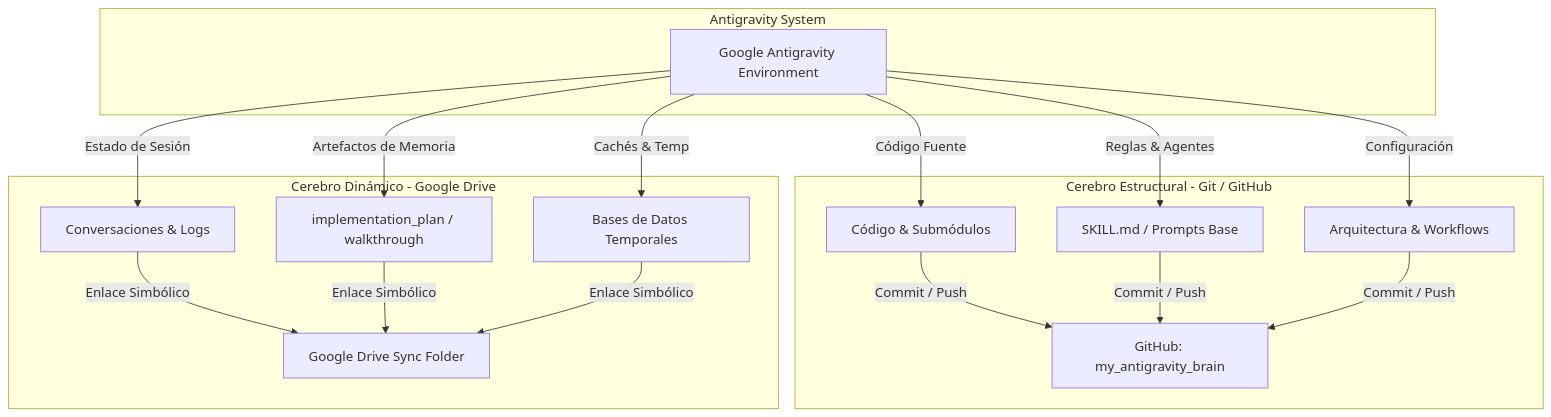
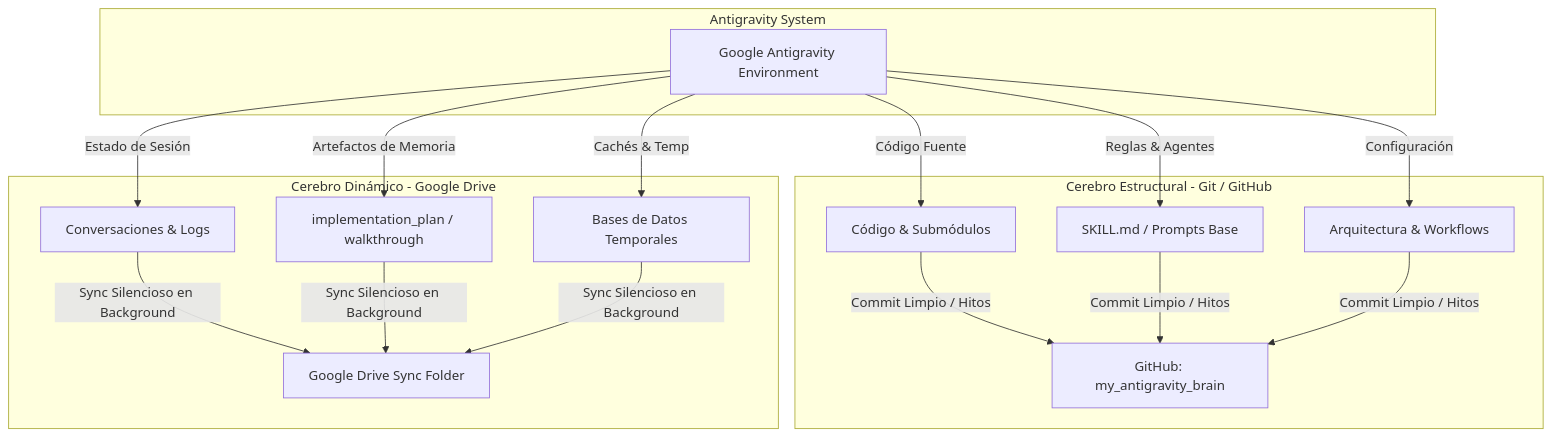
One commit to MarcoFou/my_antigravity_brain changed the diagram in README.md. Above: the diagram before and after it, drawn with Mermaid. The commit also changed other lines of this file and 3 other files, not shown here.

````diff
--- a/README.md
+++ b/README.md
@@ -23,20 +25,20 @@
 ```mermaid
 graph TD
     subgraph Antigravity System
         AG[Google Antigravity Environment]
     end
 
     subgraph Cerebro Estructural [Cerebro Estructural - Git / GitHub]
         AG -->|Código Fuente| CODE[Código & Submódulos]
         AG -->|Reglas & Agentes| SKILLS[SKILL.md / Prompts Base]
         AG -->|Configuración| CFG[Arquitectura & Workflows]
-        CODE & SKILLS & CFG -->|Commit / Push| GITREPO[GitHub: my_antigravity_brain]
+        CODE & SKILLS & CFG -->|Commit Limpio / Hitos| GITREPO[GitHub: my_antigravity_brain]
     end
 
     subgraph Cerebro Dinamico [Cerebro Dinámico - Google Drive]
         AG -->|Estado de Sesión| SESS[Conversaciones & Logs]
         AG -->|Artefactos de Memoria| ART[implementation_plan / walkthrough]
         AG -->|Cachés & Temp| CACHE[Bases de Datos Temporales]
-        SESS & ART & CACHE -->|Enlace Simbólico| GDRIVE[Google Drive Sync Folder]
+        SESS & ART & CACHE -->|Sync Silencioso en Background| GDRIVE[Google Drive Sync Folder]
     end
 ```
````
